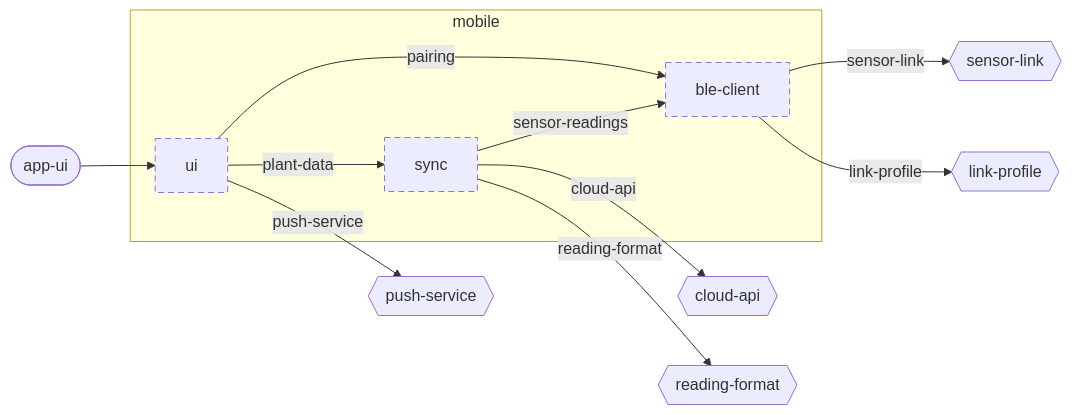
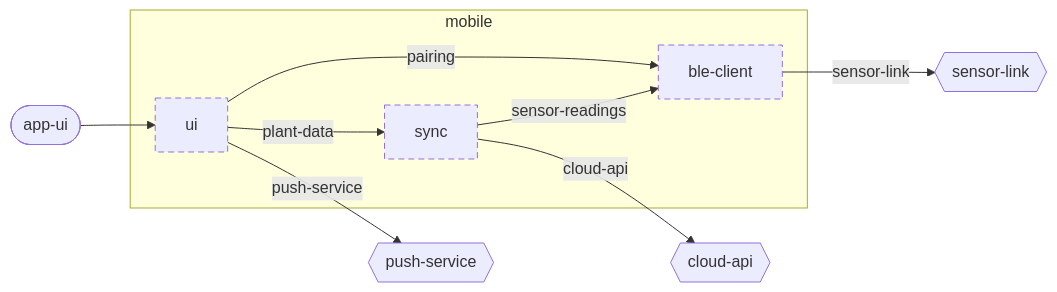
Before and after one commit to wackazong/unifold: the diagram in examples/plantwatch/mobile/docs/diagrams/component.md, drawn with Mermaid. The commit also changed other lines of this file and 383 other files, not shown here.

````diff
--- a/examples/plantwatch/mobile/docs/diagrams/component.md
+++ b/examples/plantwatch/mobile/docs/diagrams/component.md
@@ -8,28 +8,24 @@
 ```mermaid
 flowchart LR
   subgraph u_mobile["mobile"]
     u_mobile__ble_dclient["ble-client"]
     u_mobile__sync["sync"]
     u_mobile__ui["ui"]
   end
   n_mobile___sensor_dlink{{"sensor-link"}}
-  n_mobile___link_dprofile{{"link-profile"}}
   n_mobile___cloud_dapi{{"cloud-api"}}
-  n_mobile___reading_dformat{{"reading-format"}}
   n_mobile___push_dservice{{"push-service"}}
   p_mobile___app_dui(["app-ui"])
   u_mobile__sync -->|"sensor-readings"| u_mobile__ble_dclient
   u_mobile__ui -->|"plant-data"| u_mobile__sync
   u_mobile__ui -->|"pairing"| u_mobile__ble_dclient
   u_mobile__ble_dclient -->|"sensor-link"| n_mobile___sensor_dlink
-  u_mobile__ble_dclient -->|"link-profile"| n_mobile___link_dprofile
   u_mobile__sync -->|"cloud-api"| n_mobile___cloud_dapi
-  u_mobile__sync -->|"reading-format"| n_mobile___reading_dformat
   u_mobile__ui -->|"push-service"| n_mobile___push_dservice
   p_mobile___app_dui --> u_mobile__ui
   classDef focus stroke-width:4px
   classDef planned stroke-dasharray:6 4
   classDef deprecated stroke-dasharray:2 2,opacity:0.6
   classDef plain stroke-dasharray:2 3
   class u_mobile__ble_dclient,u_mobile__sync,u_mobile__ui planned
 ```
````
